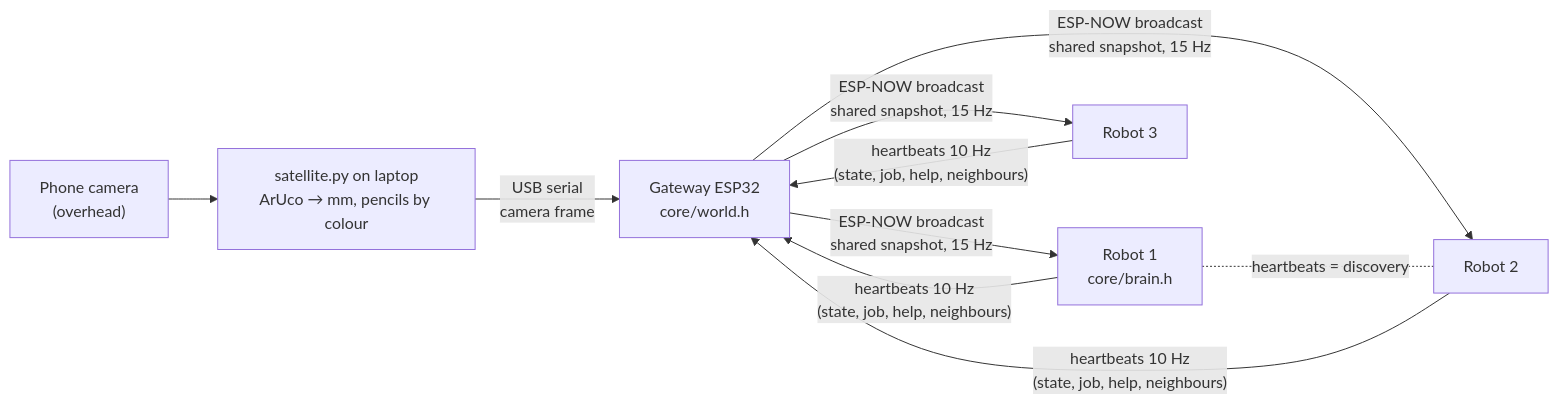
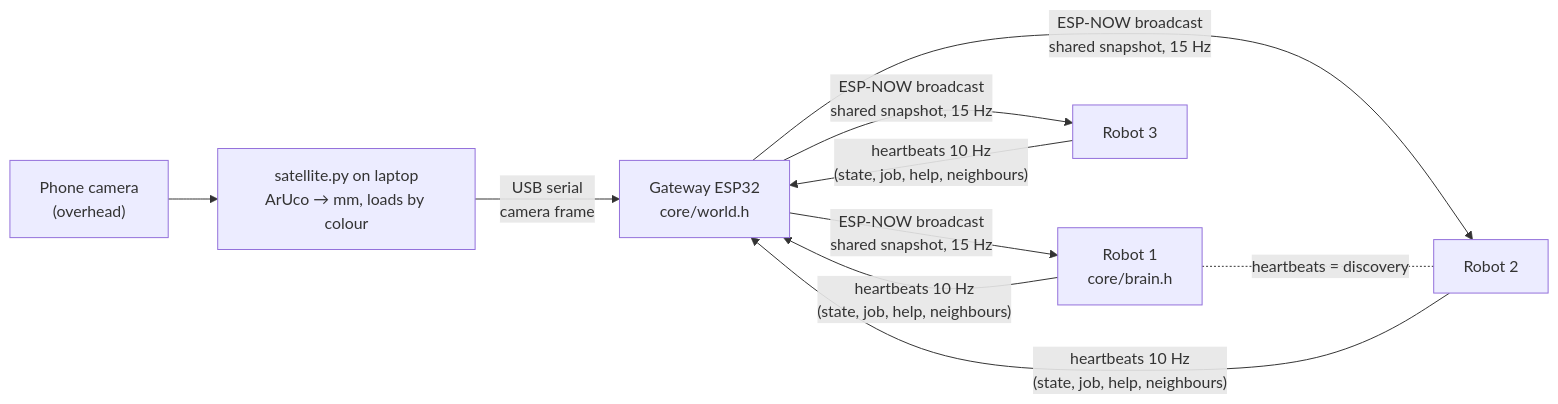
Before and after one commit to kavin-jain/swarm-intelligence: the diagram in README.md, drawn with Mermaid. The commit also changed other lines of this file and 14 other files, not shown here.

````diff
--- a/README.md
+++ b/README.md
@@ -36,8 +37,8 @@
 ```mermaid
 flowchart LR
-    CAM["Phone camera<br/>(overhead)"] --> SAT["satellite.py on laptop<br/>ArUco → mm, pencils by colour"]
+    CAM["Phone camera<br/>(overhead)"] --> SAT["satellite.py on laptop<br/>ArUco → mm, loads by colour"]
     SAT -- "USB serial<br/>camera frame" --> GW["Gateway ESP32<br/>core/world.h"]
     GW -- "ESP-NOW broadcast<br/>shared snapshot, 15 Hz" --> R1["Robot 1<br/>core/brain.h"] & R2["Robot 2"] & R3["Robot 3"]
     R1 & R2 & R3 -- "heartbeats 10 Hz<br/>(state, job, help, neighbours)" --> GW
     R1 -. "heartbeats = discovery" .- R2
 ```
````
